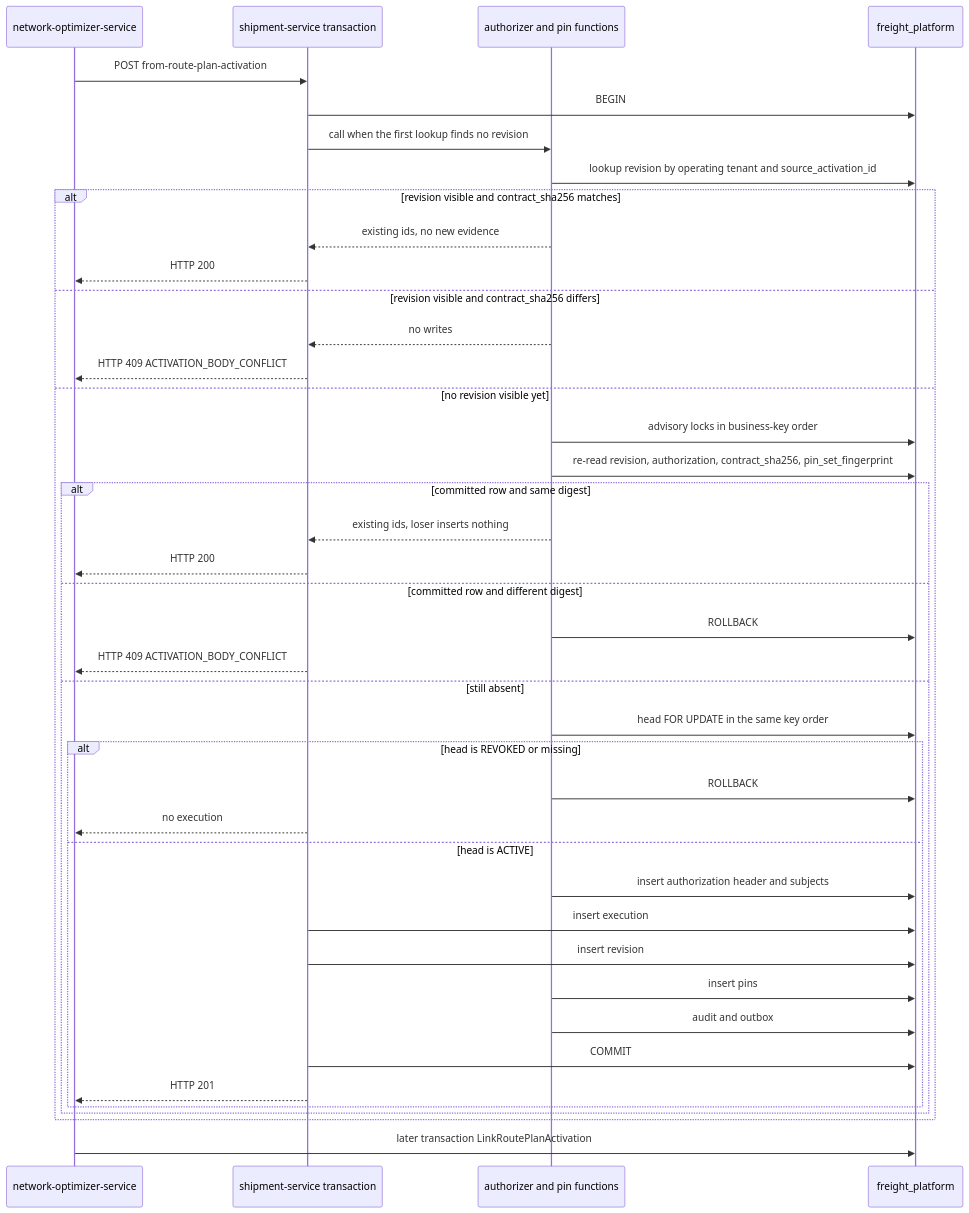
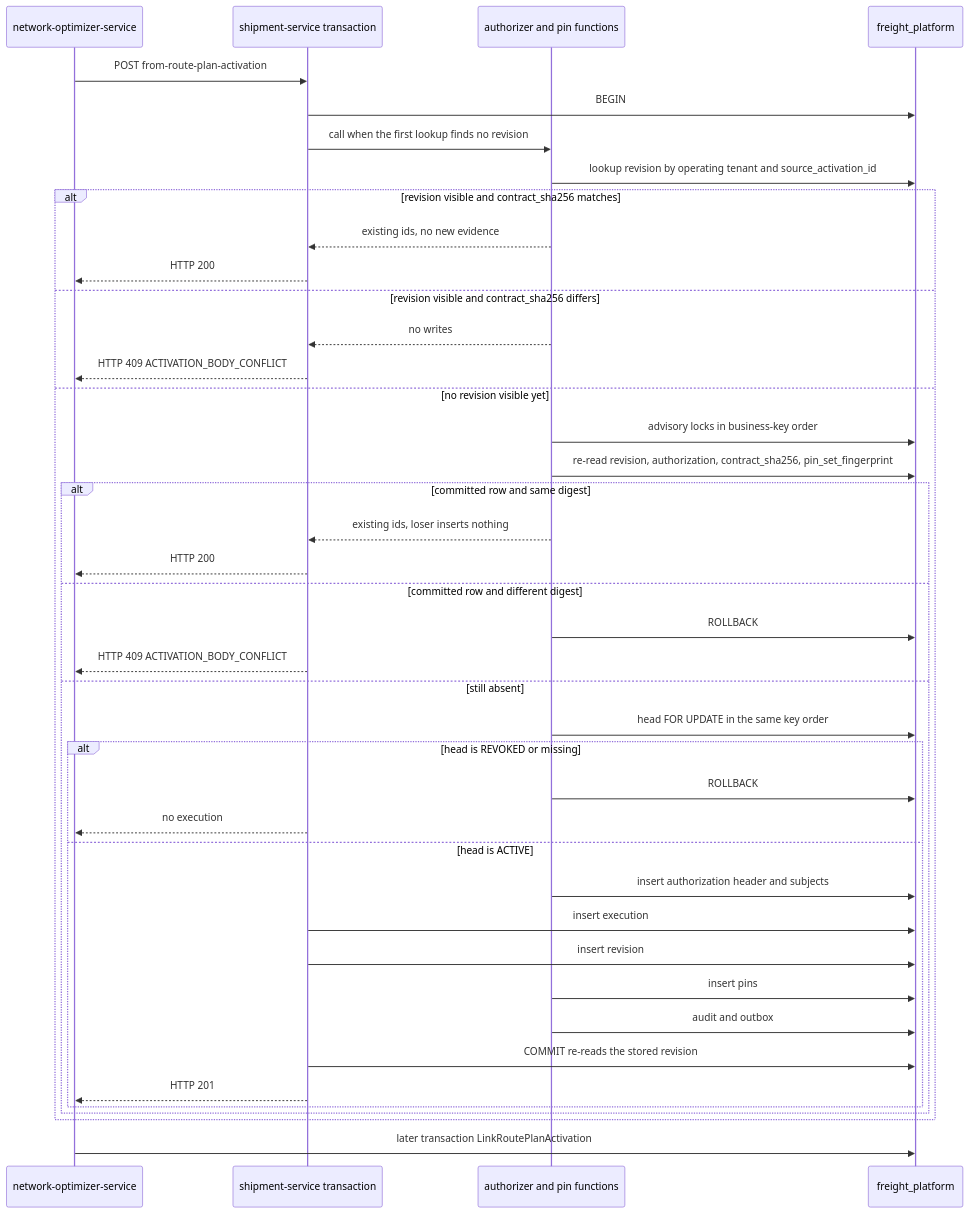
One commit to f9999737292-bit/Freihgt-platform changed the diagram in docs/architecture/platform/PLATFORM_CROSS_TENANT_ACTIVATION_PINS_0_1_ARCHITECTURE.md. Above: the diagram before and after it, drawn with Mermaid. The commit also changed other lines of this file and 1 other file, not shown here.

First line of the commit message:
Judge activation evidence from the revision stored at commit.

````diff
--- a/docs/architecture/platform/PLATFORM_CROSS_TENANT_ACTIVATION_PINS_0_1_ARCHITECTURE.md
+++ b/docs/architecture/platform/PLATFORM_CROSS_TENANT_ACTIVATION_PINS_0_1_ARCHITECTURE.md
@@ -184,44 +187,44 @@
 ```mermaid
 sequenceDiagram
     participant NLO as network-optimizer-service
     participant TMS as shipment-service transaction
     participant Fn as authorizer and pin functions
     participant DB as freight_platform
 
     NLO->>TMS: POST from-route-plan-activation
     TMS->>DB: BEGIN
     TMS->>Fn: call when the first lookup finds no revision
     Fn->>DB: lookup revision by operating tenant and source_activation_id
     alt revision visible and contract_sha256 matches
         Fn-->>TMS: existing ids, no new evidence
         TMS-->>NLO: HTTP 200
     else revision visible and contract_sha256 differs
         Fn-->>TMS: no writes
         TMS-->>NLO: HTTP 409 ACTIVATION_BODY_CONFLICT
     else no revision visible yet
         Fn->>DB: advisory locks in business-key order
         Fn->>DB: re-read revision, authorization, contract_sha256, pin_set_fingerprint
         alt committed row and same digest
             Fn-->>TMS: existing ids, loser inserts nothing
             TMS-->>NLO: HTTP 200
         else committed row and different digest
             Fn->>DB: ROLLBACK
             TMS-->>NLO: HTTP 409 ACTIVATION_BODY_CONFLICT
         else still absent
             Fn->>DB: head FOR UPDATE in the same key order
             alt head is REVOKED or missing
                 Fn->>DB: ROLLBACK
                 TMS-->>NLO: no execution
             else head is ACTIVE
                 Fn->>DB: insert authorization header and subjects
                 TMS->>DB: insert execution
                 TMS->>DB: insert revision
                 Fn->>DB: insert pins
                 Fn->>DB: audit and outbox
-                TMS->>DB: COMMIT
+                TMS->>DB: COMMIT re-reads the stored revision
                 TMS-->>NLO: HTTP 201
             end
         end
     end
     NLO->>DB: later transaction LinkRoutePlanActivation
 ```
````
